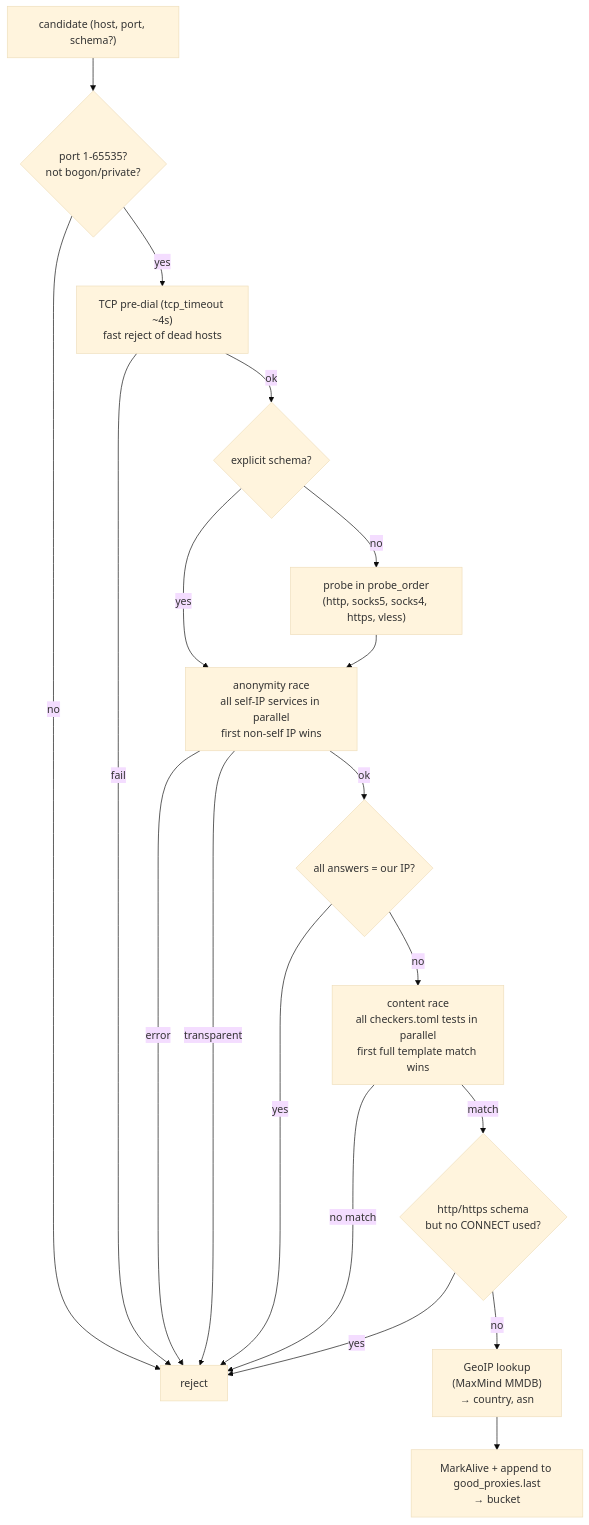
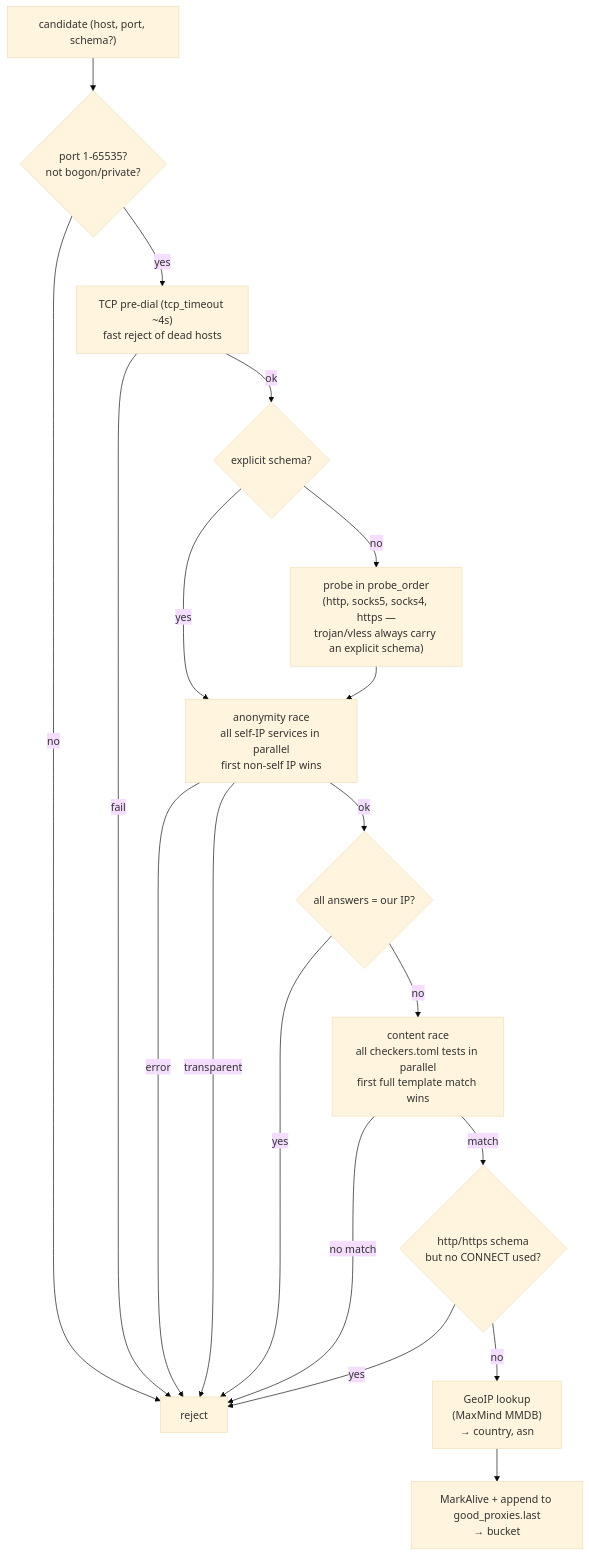
Before and after one commit to hzcht/protator: the third of 3 diagrams in docs/ARCHITECTURE.md, drawn with Mermaid (base theme). The commit also changed other lines of this file and 5 other files, not shown here.

````diff
--- a/docs/ARCHITECTURE.md
+++ b/docs/ARCHITECTURE.md
@@ -124,27 +124,27 @@
 ```mermaid
 flowchart TB
     C["candidate (host, port, schema?)"]
     PORT{"port 1-65535?<br/>not bogon/private?"}
     PRE["TCP pre-dial (tcp_timeout ~4s)<br/>fast reject of dead hosts"]
     SCHEMA{"explicit schema?"}
-    PROBE["probe in probe_order<br/>(http, socks5, socks4, https, vless)"]
+    PROBE["probe in probe_order<br/>(http, socks5, socks4, https —<br/>trojan/vless always carry an explicit schema)"]
     ANON["anonymity race<br/>all self-IP services in parallel<br/>first non-self IP wins"]
     TRANS{"all answers = our IP?"}
     CONTENT["content race<br/>all checkers.toml tests in parallel<br/>first full template match wins"]
     CONN{"http/https schema<br/>but no CONNECT used?"}
     GEO["GeoIP lookup<br/>(MaxMind MMDB)<br/>→ country, asn"]
     GOOD["MarkAlive + append to good_proxies.last<br/>→ bucket"]
 
     C --> PORT -->|no| REJ["reject"]
     PORT -->|yes| PRE -->|fail| REJ
     PRE -->|ok| SCHEMA
     SCHEMA -->|yes| ANON
     SCHEMA -->|no| PROBE --> ANON
     ANON -->|error| REJ
     ANON -->|transparent| REJ
     ANON -->|ok| TRANS
     TRANS -->|yes| REJ
     TRANS -->|no| CONTENT -->|no match| REJ
     CONTENT -->|match| CONN -->|yes| REJ
     CONN -->|no| GEO --> GOOD
 ```
````
